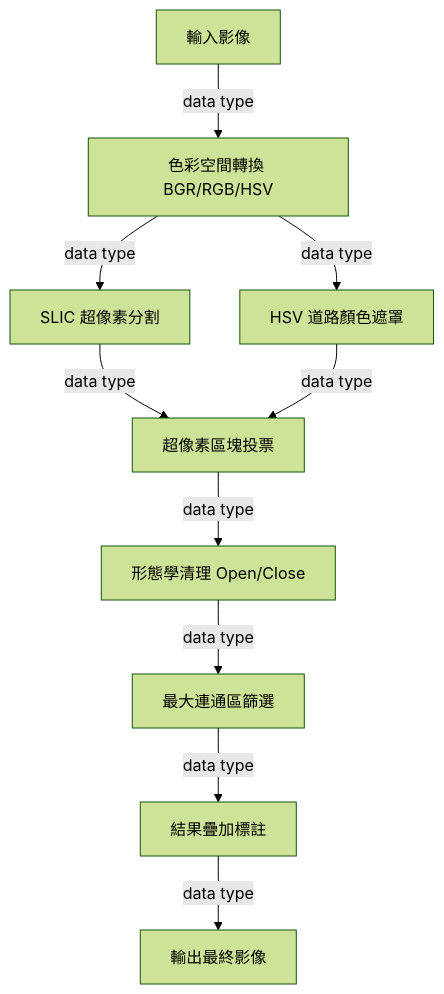
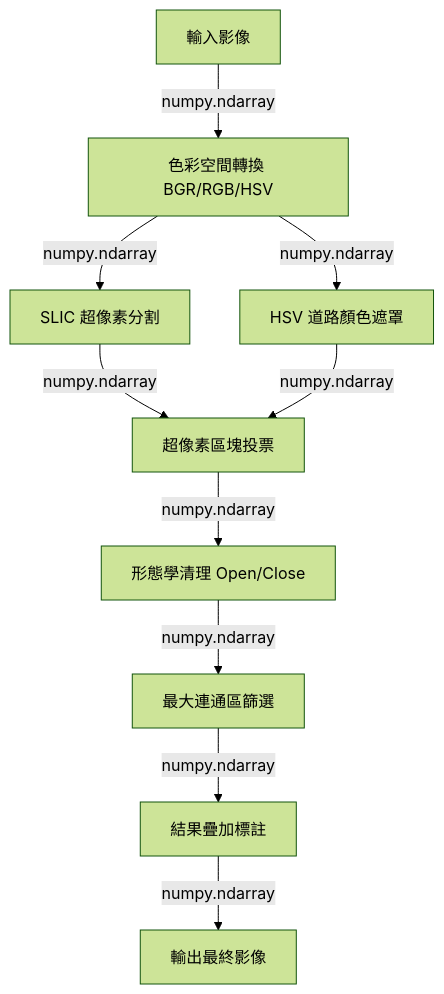
One commit to ingPrivate/road-segment changed the diagram in README.md. Above: the diagram before and after it, drawn with Mermaid (forest theme).

Commit message:
docs: update Pipeline Mermaid diagram with data types

````diff
--- a/README.md
+++ b/README.md
@@ -16,12 +16,12 @@
 ```mermaid
 graph TD
-    A[輸入影像] -->|data type| B[色彩空間轉換 BGR/RGB/HSV]
-    B -->|data type| C[SLIC 超像素分割]
-    B -->|data type| D[HSV 道路顏色遮罩]
-    C -->|data type| E[超像素區塊投票]
-    D -->|data type| E
-    E -->|data type| F[形態學清理 Open/Close]
-    F -->|data type| G[最大連通區篩選]
-    G -->|data type| H[結果疊加標註]
-    H -->|data type| I[輸出最終影像]
+    A[輸入影像] -->|numpy.ndarray| B[色彩空間轉換 BGR/RGB/HSV]
+    B -->|numpy.ndarray| C[SLIC 超像素分割]
+    B -->|numpy.ndarray| D[HSV 道路顏色遮罩]
+    C -->|numpy.ndarray| E[超像素區塊投票]
+    D -->|numpy.ndarray| E
+    E -->|numpy.ndarray| F[形態學清理 Open/Close]
+    F -->|numpy.ndarray| G[最大連通區篩選]
+    G -->|numpy.ndarray| H[結果疊加標註]
+    H -->|numpy.ndarray| I[輸出最終影像]
 ```
````
